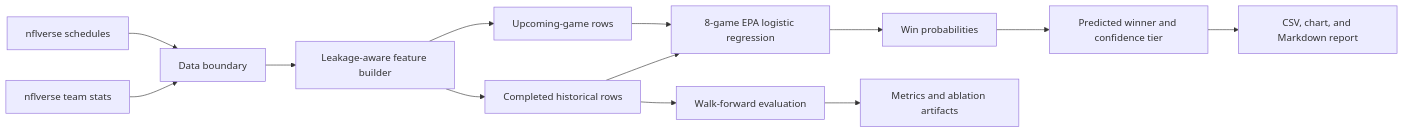
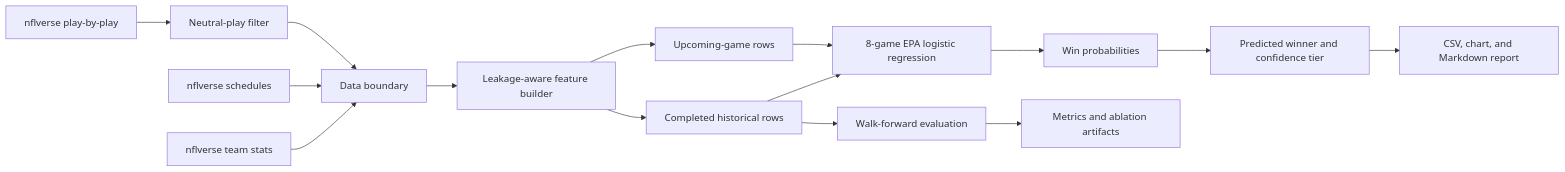
Before and after one commit to evanperkins7/NFLPredictor: the diagram in docs/architecture.md, drawn with Mermaid. The commit also changed 4 other files, not shown here.

````diff
--- a/docs/architecture.md
+++ b/docs/architecture.md
@@ -7,15 +7,17 @@
 ```mermaid
 flowchart LR
     A["nflverse team stats"] --> C["Data boundary"]
     B["nflverse schedules"] --> C
+    N["nflverse play-by-play"] --> P["Neutral-play filter"]
+    P --> C
     C --> D["Leakage-aware feature builder"]
     D --> E["Completed historical rows"]
     D --> F["Upcoming-game rows"]
     E --> G["8-game EPA logistic regression"]
     G --> H["Win probabilities"]
     F --> G
     H --> I["Predicted winner and confidence tier"]
     I --> J["CSV, chart, and Markdown report"]
     E --> K["Walk-forward evaluation"]
     K --> L["Metrics and ablation artifacts"]
 ```
````
